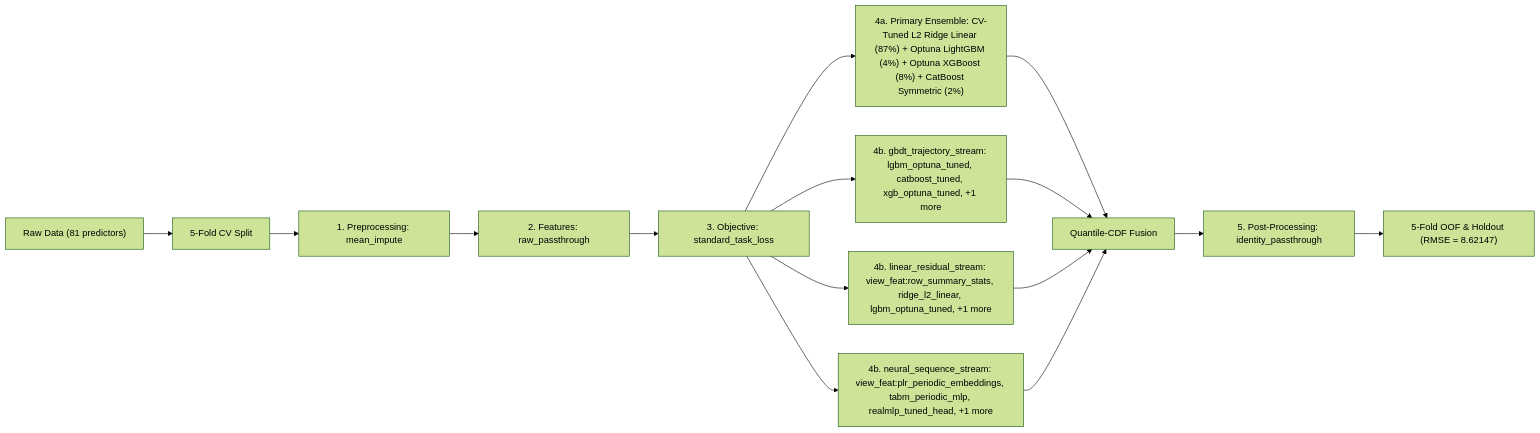
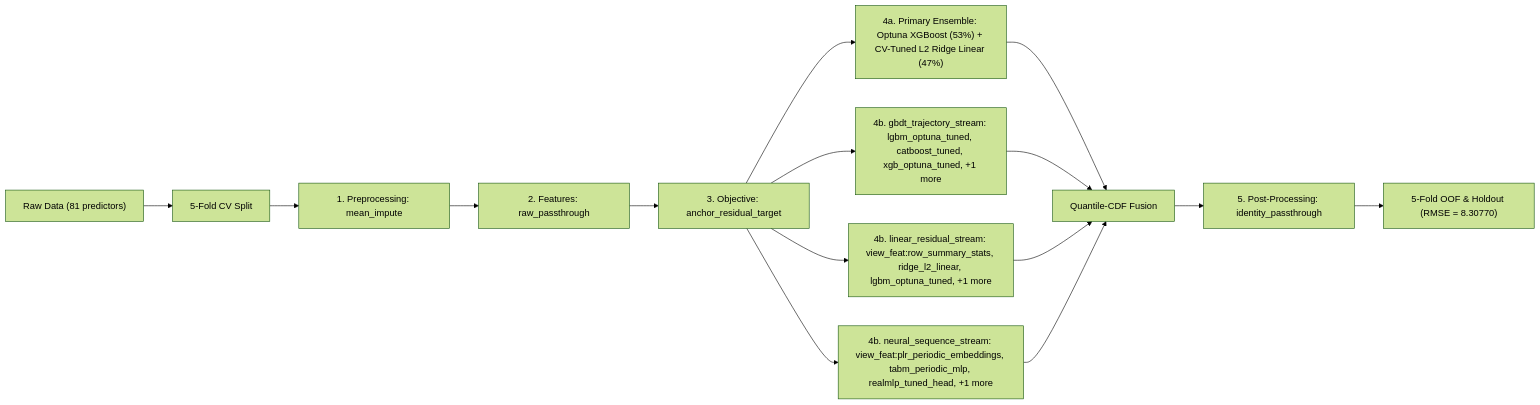
The diagram in README.md (stefanoclss/ROGII-Wellbore-Geology-Prediction), drawn with Mermaid (forest theme) before and after one commit. The commit also changed other lines of this file, not shown here.

First line of the commit message:
docs(readme): refresh verified OOF benchmark & build ledger (RMSE=8.30770)

````diff
--- a/README.md
+++ b/README.md
@@ -74,17 +75,17 @@
 ```mermaid
 flowchart LR
     DATA["Raw Data (81 predictors)"] --> SPLIT["5-Fold CV Split"]
     SPLIT --> PRE["1. Preprocessing: mean_impute"]
     PRE --> FEAT["2. Features: raw_passthrough"]
-    FEAT --> OBJ["3. Objective: standard_task_loss"]
-    OBJ --> M0["4a. Primary Ensemble: CV-Tuned L2 Ridge Linear (87%) + Optuna LightGBM (4%) + Optuna XGBoost (8%) + CatBoost Symmetric (2%)"]
+    FEAT --> OBJ["3. Objective: anchor_residual_target"]
+    OBJ --> M0["4a. Primary Ensemble: Optuna XGBoost (53%) + CV-Tuned L2 Ridge Linear (47%)"]
     M0 --> FUSE["Quantile-CDF Fusion"]
     OBJ --> S1["4b. gbdt_trajectory_stream: lgbm_optuna_tuned, catboost_tuned, xgb_optuna_tuned, +1 more"]
     S1 --> FUSE
     OBJ --> S2["4b. linear_residual_stream: view_feat:row_summary_stats, ridge_l2_linear, lgbm_optuna_tuned, +1 more"]
     S2 --> FUSE
     OBJ --> S3["4b. neural_sequence_stream: view_feat:plr_periodic_embeddings, tabm_periodic_mlp, realmlp_tuned_head, +1 more"]
     S3 --> FUSE
     FUSE --> POST["5. Post-Processing: identity_passthrough"]
-    POST --> OUT["5-Fold OOF & Holdout (RMSE = 8.62147)"]
+    POST --> OUT["5-Fold OOF & Holdout (RMSE = 8.30770)"]
 ```
````
